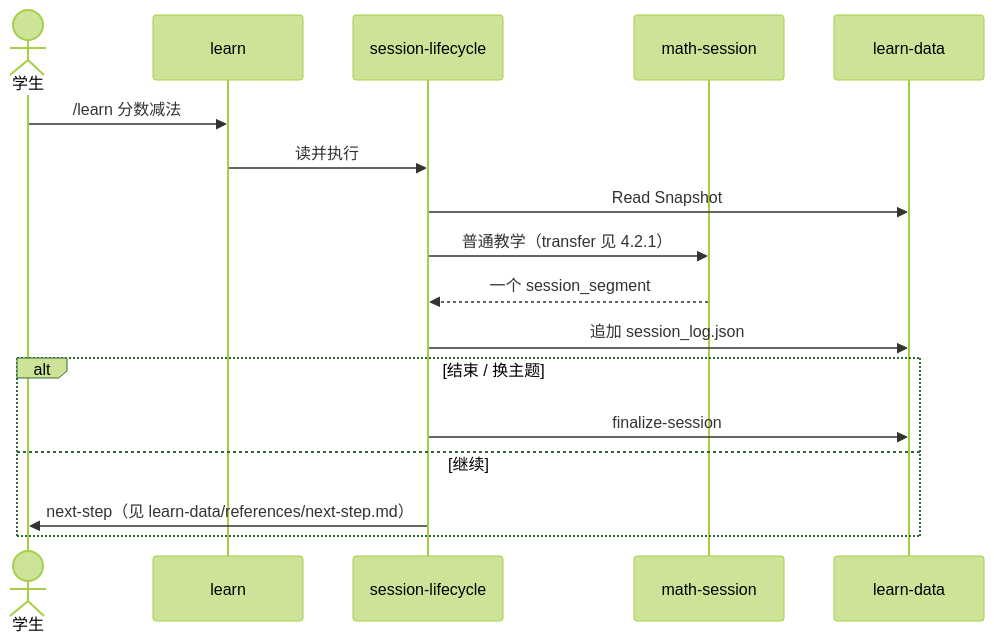
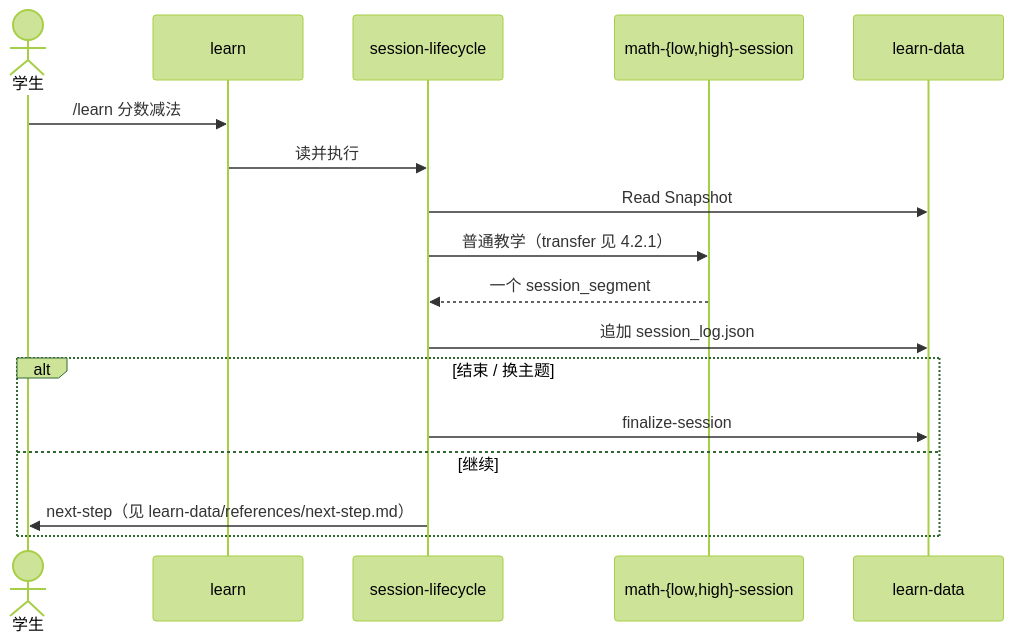
Before and after one commit to gengyabc/baicai-edu: diagram 11 of 21 in docs/skill-map/call-graph.md, drawn with Mermaid (forest theme). The commit also changed other lines of this file and 113 other files, not shown here.

````diff
--- a/docs/skill-map/call-graph.md
+++ b/docs/skill-map/call-graph.md
@@ -373,20 +373,20 @@
 ```mermaid
 sequenceDiagram
   actor S as 学生
   participant Learn as learn
   participant SL as session-lifecycle
-  participant MS as math-session
+  participant MS as math-{low,high}-session
   participant LD as learn-data
 
   S->>Learn: /learn 分数减法
   Learn->>SL: 读并执行
   SL->>LD: Read Snapshot
   SL->>MS: 普通教学（transfer 见 4.2.1）
   MS-->>SL: 一个 session_segment
   SL->>LD: 追加 session_log.json
   alt 结束 / 换主题
     SL->>LD: finalize-session
   else 继续
     SL->>S: next-step（见 learn-data/references/next-step.md）
   end
 ```
````
